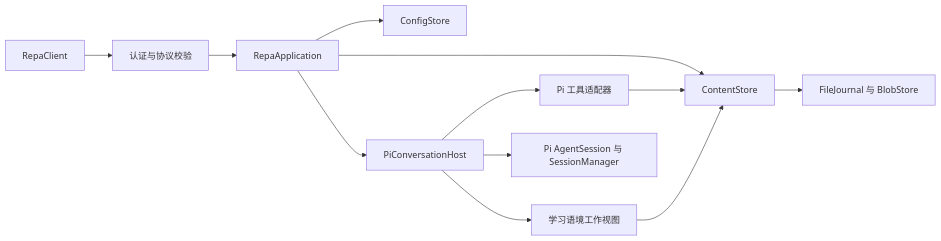
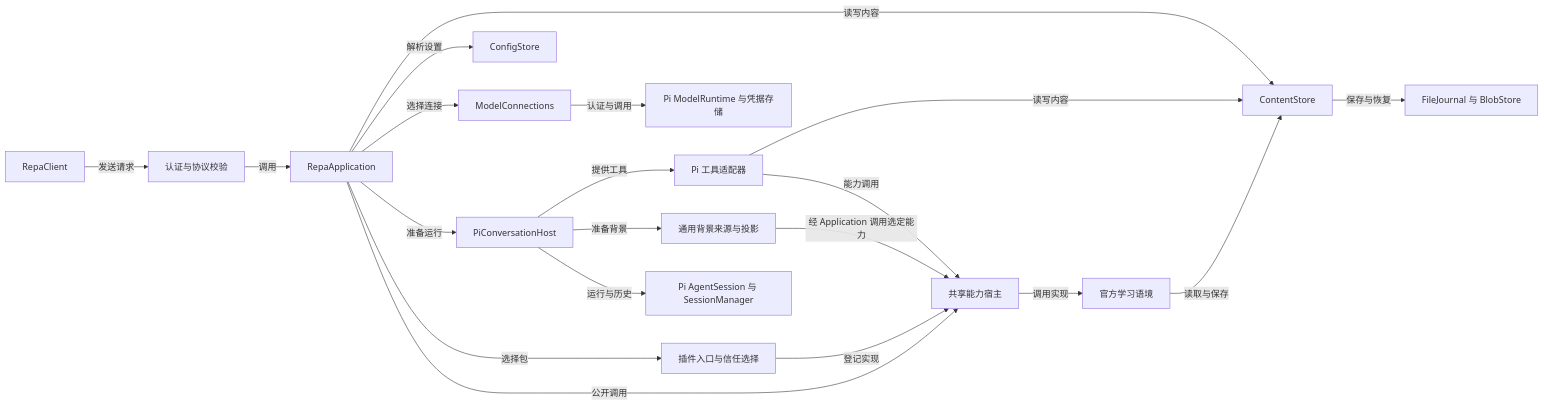
Before and after one commit to Utopia-V/Repa: the diagram in docs/development/README.md, drawn with Mermaid. The commit also changed other lines of this file and 29 other files, not shown here.

````diff
--- a/docs/development/README.md
+++ b/docs/development/README.md
@@ -69,14 +83,22 @@
 ```mermaid
 flowchart LR
-    Client[RepaClient] --> Server[认证与协议校验]
-    Server --> App[RepaApplication]
-    App --> Content[ContentStore]
-    App --> Config[ConfigStore]
-    App --> Host[PiConversationHost]
-    Host --> Tools[Pi 工具适配器]
-    Tools --> Content
-    Host --> Context[学习语境工作视图]
-    Context --> Content
-    Content --> Journal[FileJournal 与 BlobStore]
-    Host --> Pi[Pi AgentSession 与 SessionManager]
+    Client[RepaClient] -->|发送请求| Server[认证与协议校验]
+    Server -->|调用| App[RepaApplication]
+    App -->|读写内容| Content[ContentStore]
+    App -->|解析设置| Config[ConfigStore]
+    App -->|选择连接| Models[ModelConnections]
+    Models -->|认证与调用| Runtime[Pi ModelRuntime 与凭据存储]
+    App -->|准备运行| Host[PiConversationHost]
+    Host -->|提供工具| Tools[Pi 工具适配器]
+    Tools -->|读写内容| Content
+    App -->|选择包| Plugins[插件入口与信任选择]
+    Plugins -->|登记实现| Capability[共享能力宿主]
+    App -->|公开调用| Capability
+    Tools -->|能力调用| Capability
+    Capability -->|调用实现| Learning[官方学习语境]
+    Learning -->|读取与保存| Content
+    Host -->|准备背景| Background[通用背景来源与投影]
+    Background -->|经 Application 调用选定能力| Capability
+    Content -->|保存与恢复| Journal[FileJournal 与 BlobStore]
+    Host -->|运行与历史| Pi[Pi AgentSession 与 SessionManager]
 ```
````
